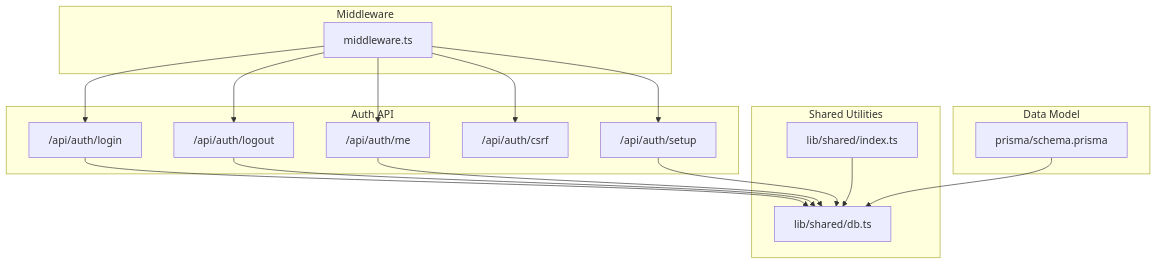
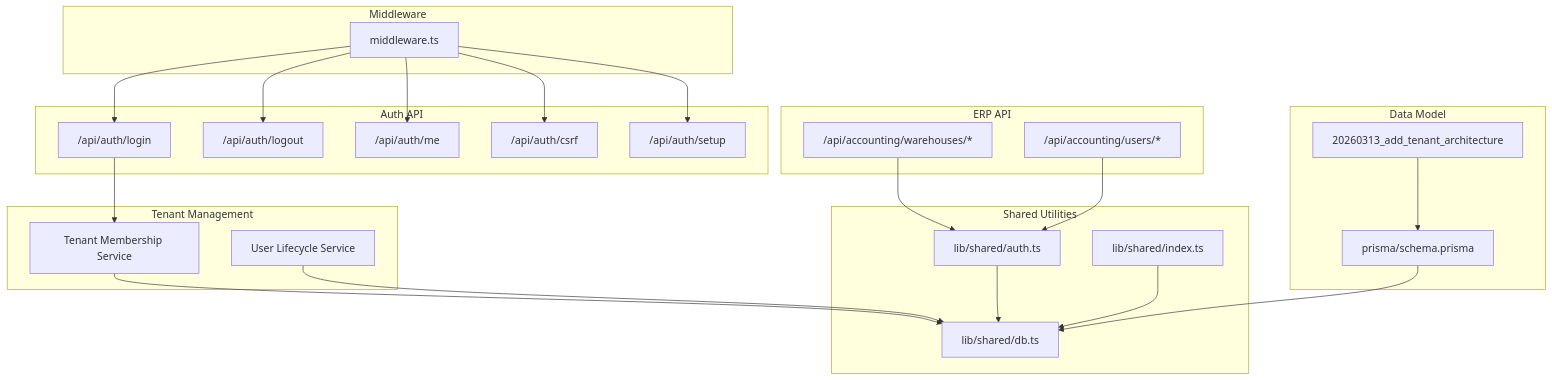
One commit to nzey11/erp-new changed the first of 11 diagrams in .qoder/repowiki/en/content/Authentication & Authorization/Authentication & Authorization.md. Above: the diagram before and after it, drawn with Mermaid. The commit also changed other lines of this file and 6 other files, not shown here.

Commit message:
fix(tests): create tenant membership for users in auth tests

````diff
--- a/.qoder/repowiki/en/content/Authentication & Authorization/Authentication & Authorization.md
+++ b/.qoder/repowiki/en/content/Authentication & Authorization/Authentication & Authorization.md
@@ -38,31 +57,44 @@
 ```mermaid
 graph TB
 subgraph "Middleware"
 MW["middleware.ts"]
 end
 subgraph "Auth API"
 LG["/api/auth/login"]
 LO["/api/auth/logout"]
 ME["/api/auth/me"]
 CSRF["/api/auth/csrf"]
 SETUP["/api/auth/setup"]
 end
+subgraph "Tenant Management"
+TM["Tenant Membership Service"]
+UL["User Lifecycle Service"]
+end
+subgraph "ERP API"
+WH["/api/accounting/warehouses/*"]
+USERS["/api/accounting/users/*"]
+end
 subgraph "Shared Utilities"
 SH_IDX["lib/shared/index.ts"]
 DB["lib/shared/db.ts"]
+AUTH["lib/shared/auth.ts"]
 end
 subgraph "Data Model"
 PRISMA["prisma/schema.prisma"]
+MIGRATION["20260313_add_tenant_architecture"]
 end
 MW --> LG
 MW --> LO
 MW --> ME
 MW --> CSRF
 MW --> SETUP
-LG --> DB
-LO --> DB
-ME --> DB
-SETUP --> DB
+LG --> TM
+TM --> DB
+UL --> DB
+WH --> AUTH
+USERS --> AUTH
+AUTH --> DB
 SH_IDX --> DB
 PRISMA --> DB
+MIGRATION --> PRISMA
 ```
````
